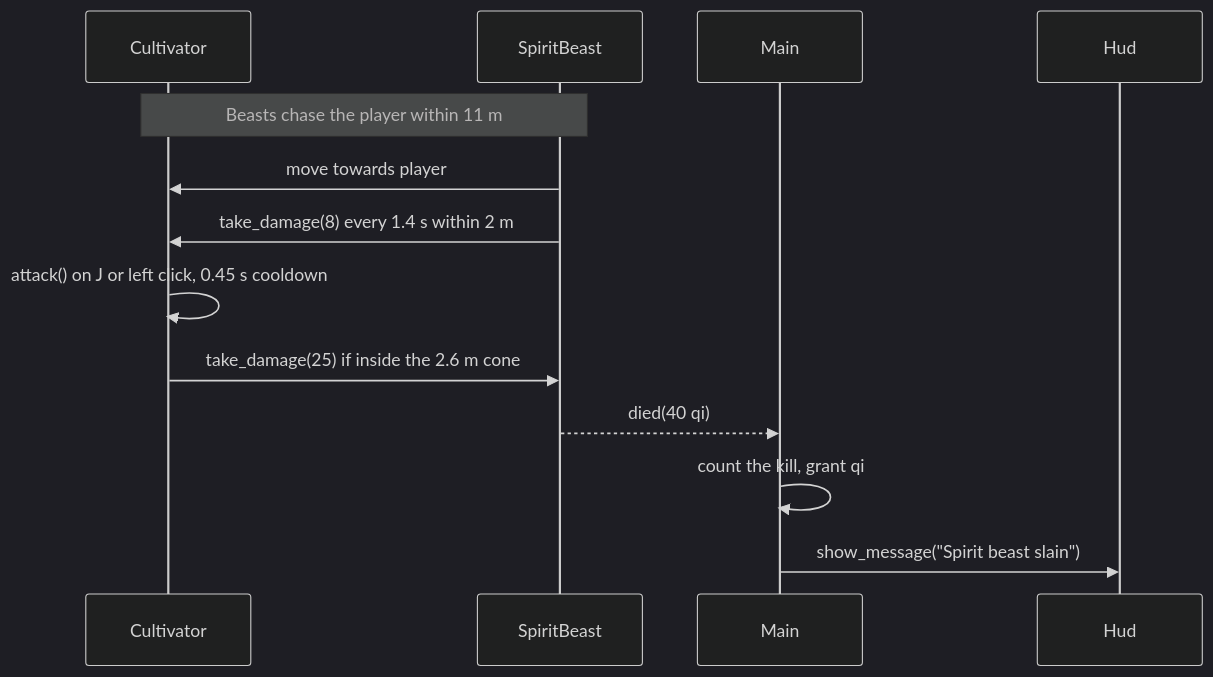
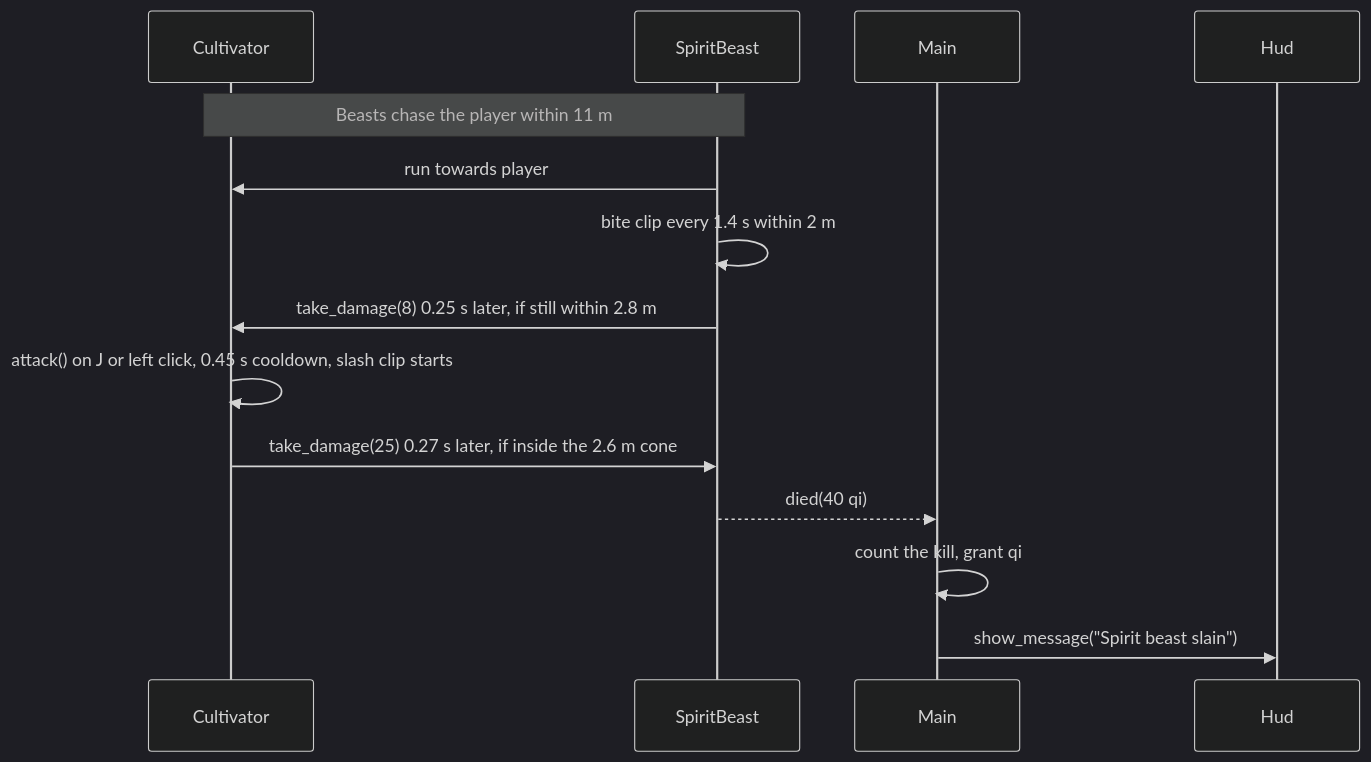
The seventh of 11 diagrams in docs/architecture.md (jgyy/trixian), drawn with Mermaid (dark theme) before and after one commit. The commit also changed other lines of this file and 32 other files, not shown here.

````diff
--- a/docs/architecture.md
+++ b/docs/architecture.md
@@ -197,16 +198,17 @@
 ```mermaid
 sequenceDiagram
     participant P as Cultivator
     participant B as SpiritBeast
     participant M as Main
     participant H as Hud
 
     Note over P,B: Beasts chase the player within 11 m
-    B->>P: move towards player
-    B->>P: take_damage(8) every 1.4 s within 2 m
-    P->>P: attack() on J or left click, 0.45 s cooldown
-    P->>B: take_damage(25) if inside the 2.6 m cone
+    B->>P: run towards player
+    B->>B: bite clip every 1.4 s within 2 m
+    B->>P: take_damage(8) 0.25 s later, if still within 2.8 m
+    P->>P: attack() on J or left click, 0.45 s cooldown, slash clip starts
+    P->>B: take_damage(25) 0.27 s later, if inside the 2.6 m cone
     B-->>M: died(40 qi)
     M->>M: count the kill, grant qi
     M->>H: show_message("Spirit beast slain")
 ```
````
